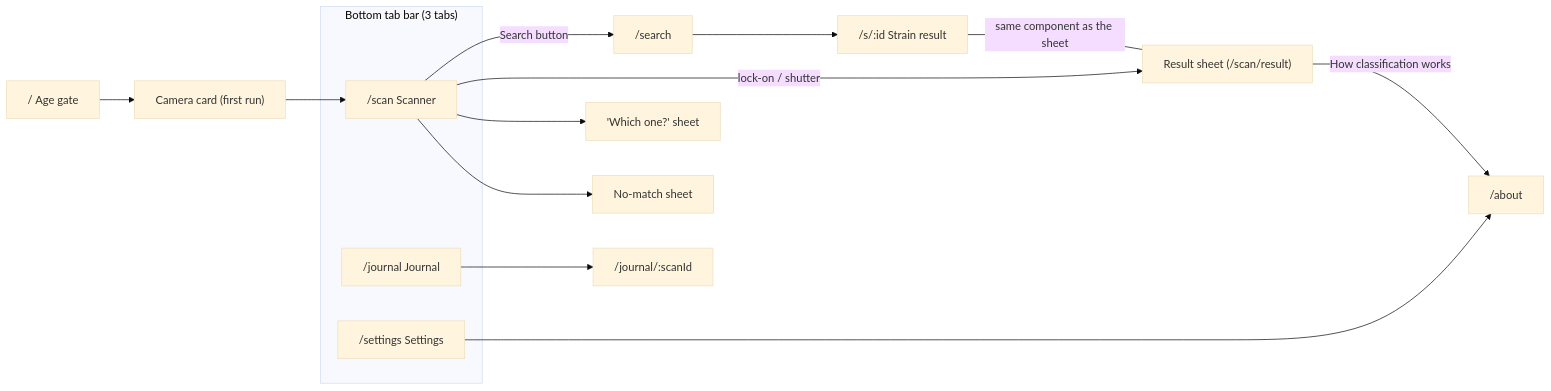
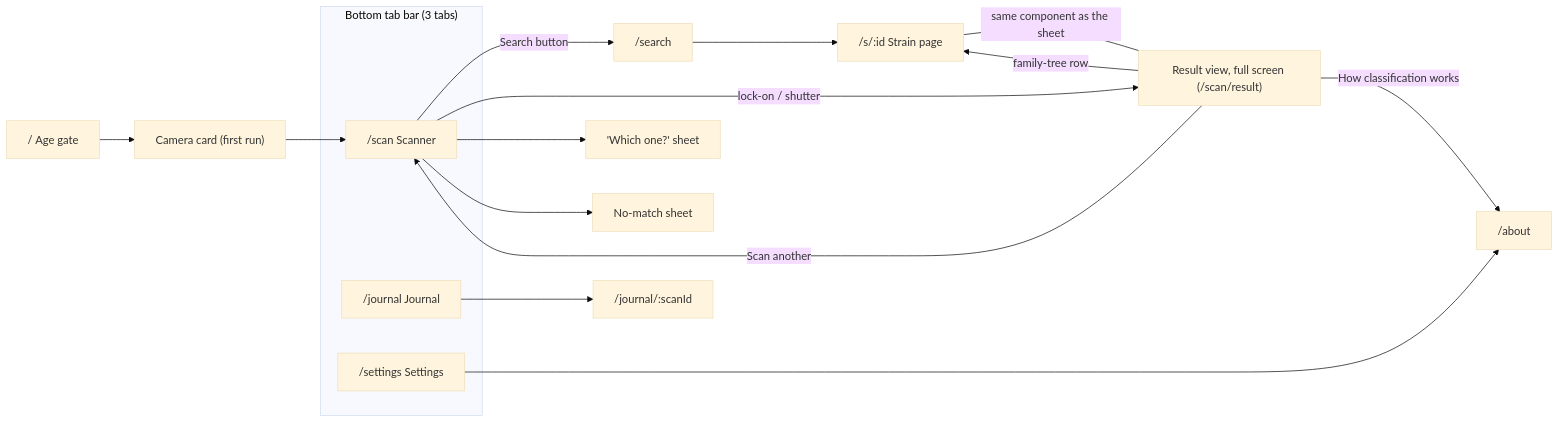
Before and after one commit to AhtomicStudio/flowerscan: the first of 9 diagrams in docs/design/flows.md, drawn with Mermaid (base theme). The commit also changed other lines of this file and 54 other files, not shown here.

First line of the commit message:
T-021: simplify the result to a full-screen class color, record founder decisions

````diff
--- a/docs/design/flows.md
+++ b/docs/design/flows.md
@@ -15,18 +18,20 @@
 ```mermaid
 flowchart LR
   gate["/ Age gate"] --> prime["Camera card (first run)"] --> scan
   subgraph Tabs["Bottom tab bar (3 tabs)"]
     scan["/scan Scanner"]
     journal["/journal Journal"]
     settings["/settings Settings"]
   end
   scan -- "Search button" --> search["/search"]
-  scan -- "lock-on / shutter" --> sheet["Result sheet (/scan/result)"]
+  scan -- "lock-on / shutter" --> sheet["Result view, full screen (/scan/result)"]
+  sheet -- "Scan another" --> scan
   scan --> which["'Which one?' sheet"]
   scan --> nomatch["No-match sheet"]
-  search --> strain["/s/:id Strain result"]
+  search --> strain["/s/:id Strain page"]
+  sheet -- "family-tree row" --> strain
   journal --> detail["/journal/:scanId"]
   settings --> about["/about"]
   sheet -- "How classification works" --> about
   strain -- "same component as the sheet" --- sheet
 ```
````
